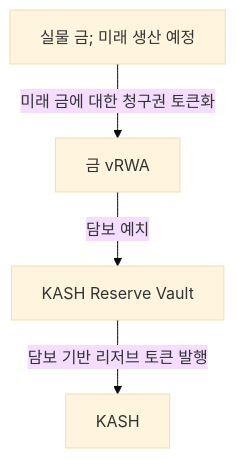
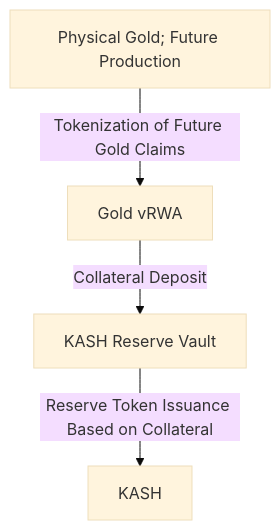
The second of 2 diagrams in i18n/en/docusaurus-plugin-content-docs/current/whitepaper/introduction/intorduction.md (KOR-Ryat/kash-whitepaper), drawn with Mermaid (base theme) before and after one commit. The commit also changed other lines of this file and 26 other files, not shown here.

```diff
--- a/i18n/en/docusaurus-plugin-content-docs/current/whitepaper/introduction/intorduction.md
+++ b/i18n/en/docusaurus-plugin-content-docs/current/whitepaper/introduction/intorduction.md
@@ -74,6 +74,6 @@
 ~~~mermaid
 graph TD
-    A[실물 금; 미래 생산 예정] -- 미래 금에 대한 청구권 토큰화 --> B[금 vRWA];
-    B -- 담보 예치 --> C[KASH Reserve Vault];
-    C -- 담보 기반 리저브 토큰 발행 --> D[KASH];
+    A[Physical Gold; Future Production] -- Tokenization of Future Gold Claims --> B[Gold vRWA];
+    B -- Collateral Deposit --> C[KASH Reserve Vault];
+    C -- Reserve Token Issuance Based on Collateral --> D[KASH];
 ~~~
```
